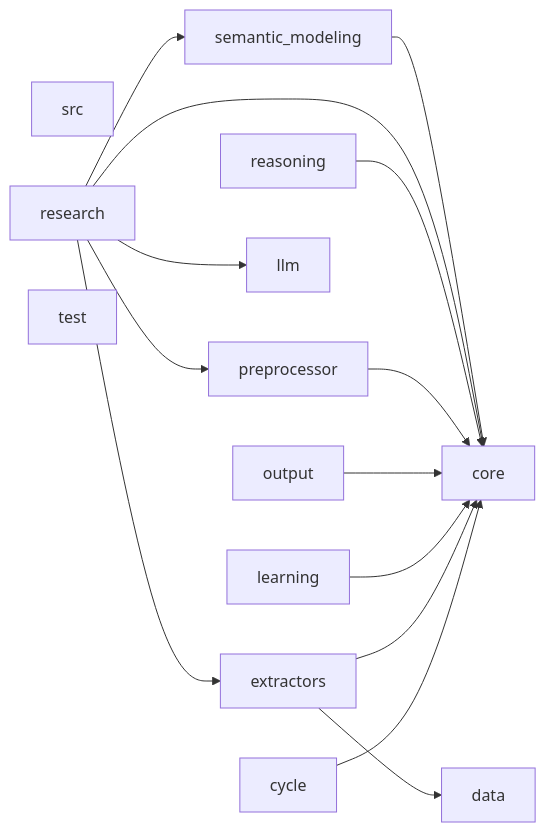
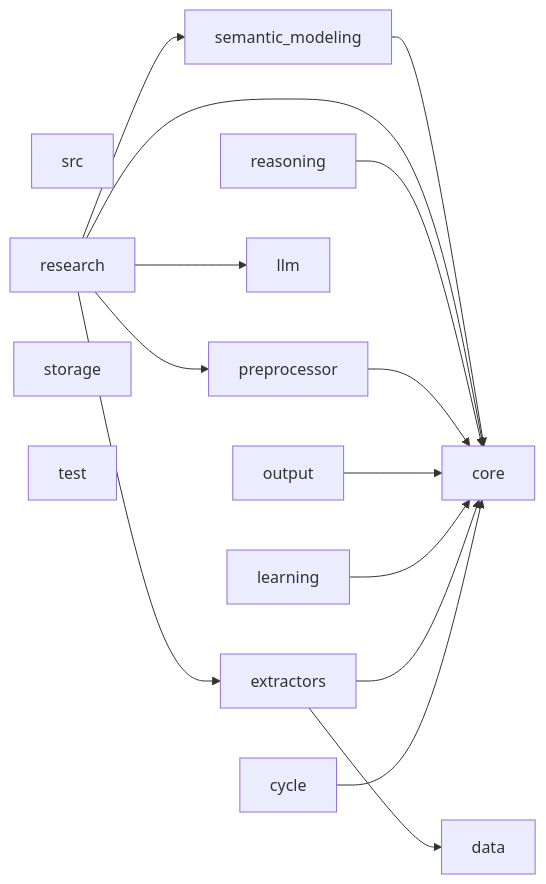
Before and after one commit to guose1314/tcmautoresearch: the diagram in docs/architecture/dependency-graph.md, drawn with Mermaid. The commit also changed other lines of this file and 52 other files, not shown here.

````diff
--- a/docs/architecture/dependency-graph.md
+++ b/docs/architecture/dependency-graph.md
@@ -14,29 +14,30 @@
 ```mermaid
 flowchart LR
     src["src"]
     src_core["core"]
     src_cycle["cycle"]
     src_data["data"]
     src_extractors["extractors"]
     src_learning["learning"]
     src_llm["llm"]
     src_output["output"]
     src_preprocessor["preprocessor"]
     src_reasoning["reasoning"]
     src_research["research"]
     src_semantic_modeling["semantic_modeling"]
+    src_storage["storage"]
     src_test["test"]
     src_cycle --> src_core
     src_extractors --> src_core
     src_extractors --> src_data
     src_learning --> src_core
     src_output --> src_core
     src_preprocessor --> src_core
     src_reasoning --> src_core
     src_research --> src_core
     src_research --> src_extractors
     src_research --> src_llm
     src_research --> src_preprocessor
     src_research --> src_semantic_modeling
     src_semantic_modeling --> src_core
 ```
````
